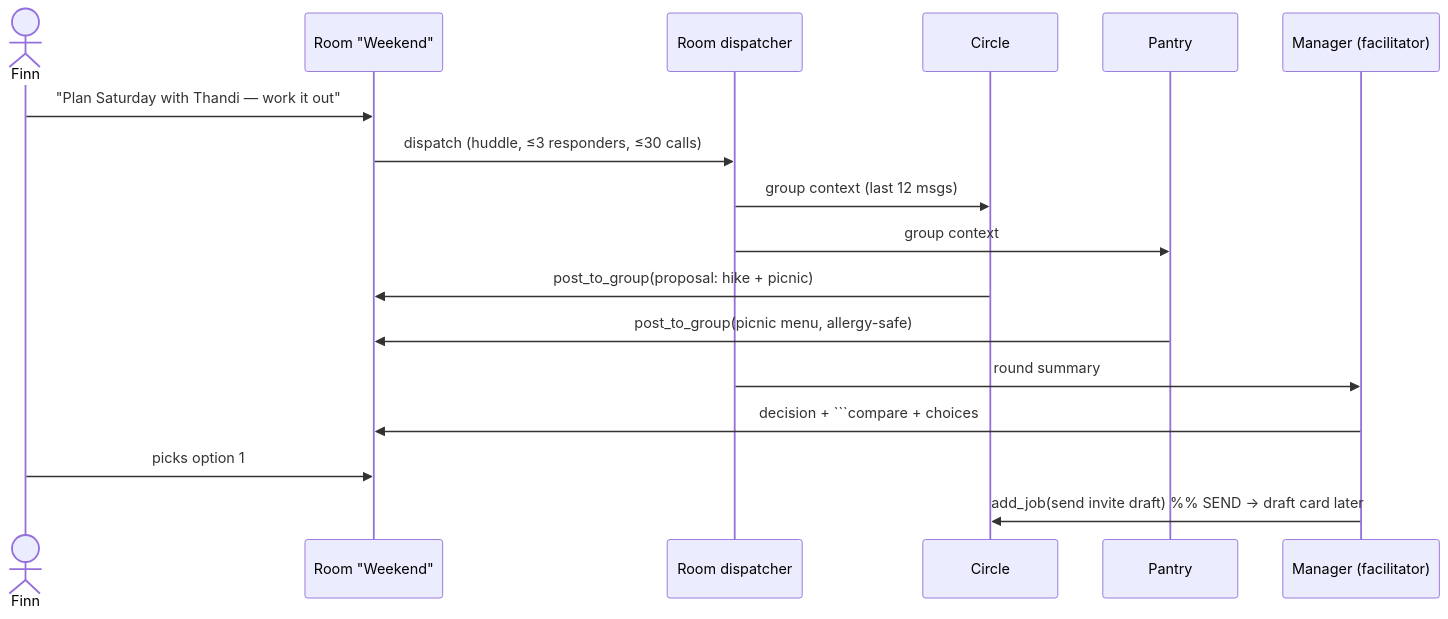
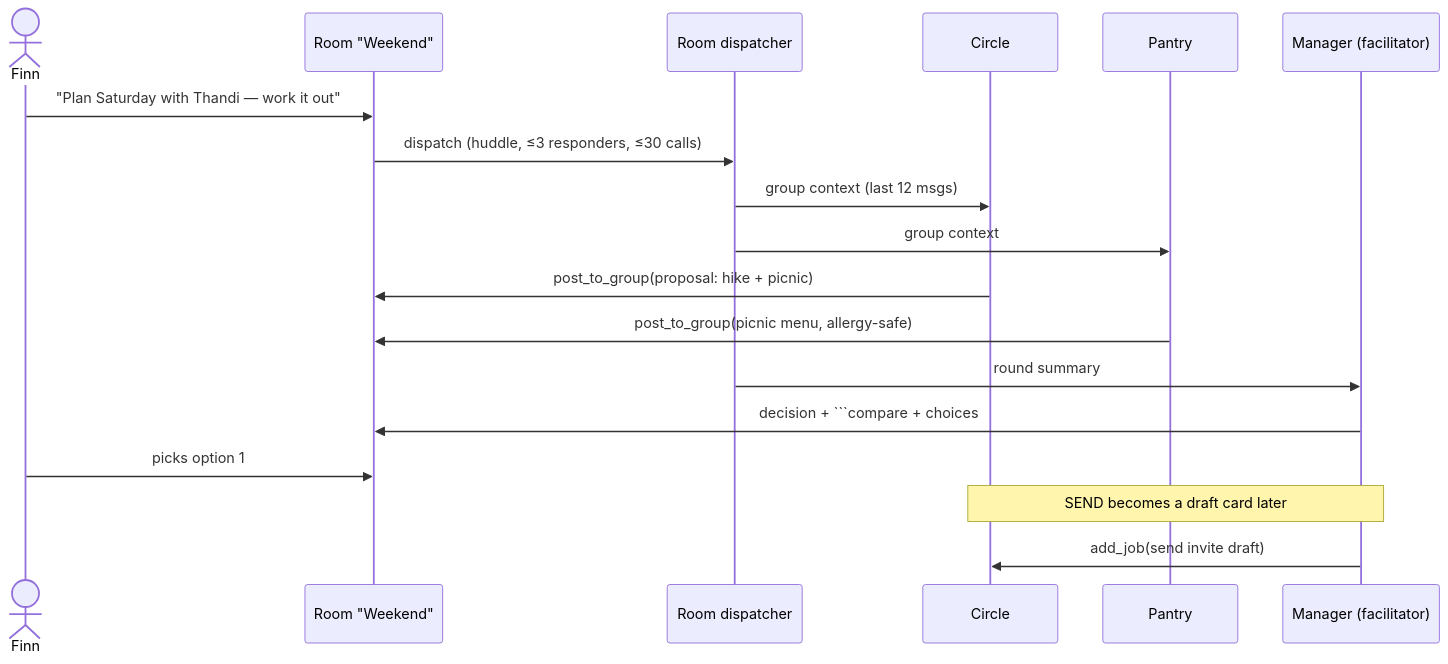
The sixth of 10 diagrams in docs/overhaul/05-agent-ecosystem.md (roxaninchue/ARGUS-mobile), drawn with Mermaid before and after one commit. The commit also changed other lines of this file, not shown here.

Commit message:
docs(overhaul): 05 agent ecosystem — v1 complete, mermaid fixes [skip ci]

````diff
--- a/docs/overhaul/05-agent-ecosystem.md
+++ b/docs/overhaul/05-agent-ecosystem.md
@@ -842,19 +842,20 @@
 ```mermaid
 sequenceDiagram
   actor U as Finn
   participant RM as Room "Weekend"
   participant D as Room dispatcher
   participant S as Circle
   participant F as Pantry
   participant M as Manager (facilitator)
   U->>RM: "Plan Saturday with Thandi — work it out"
   RM->>D: dispatch (huddle, ≤3 responders, ≤30 calls)
   D->>S: group context (last 12 msgs)
   D->>F: group context
   S->>RM: post_to_group(proposal: hike + picnic)
   F->>RM: post_to_group(picnic menu, allergy-safe)
   D->>M: round summary
   M->>RM: decision + ```compare + choices
   U->>RM: picks option 1
-  M->>S: add_job(send invite draft)  %% SEND → draft card later
+  Note over M,S: SEND becomes a draft card later
+  M->>S: add_job(send invite draft)
 ```
````
